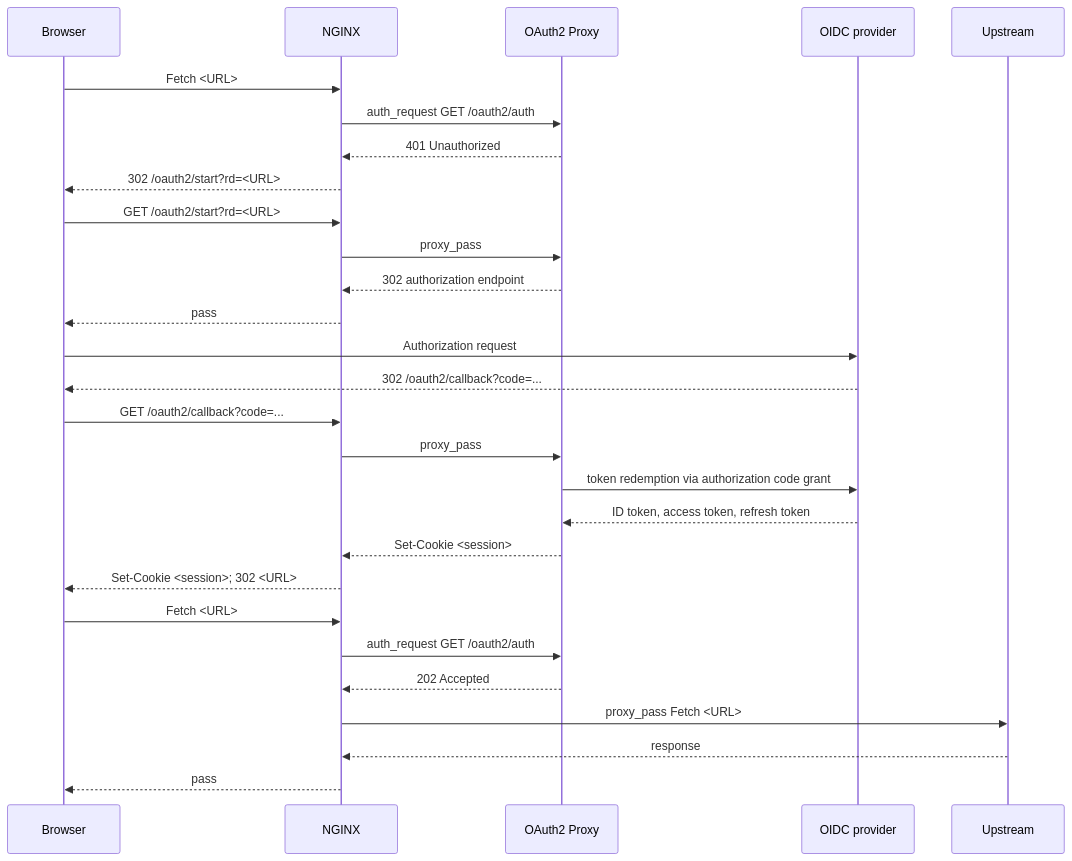
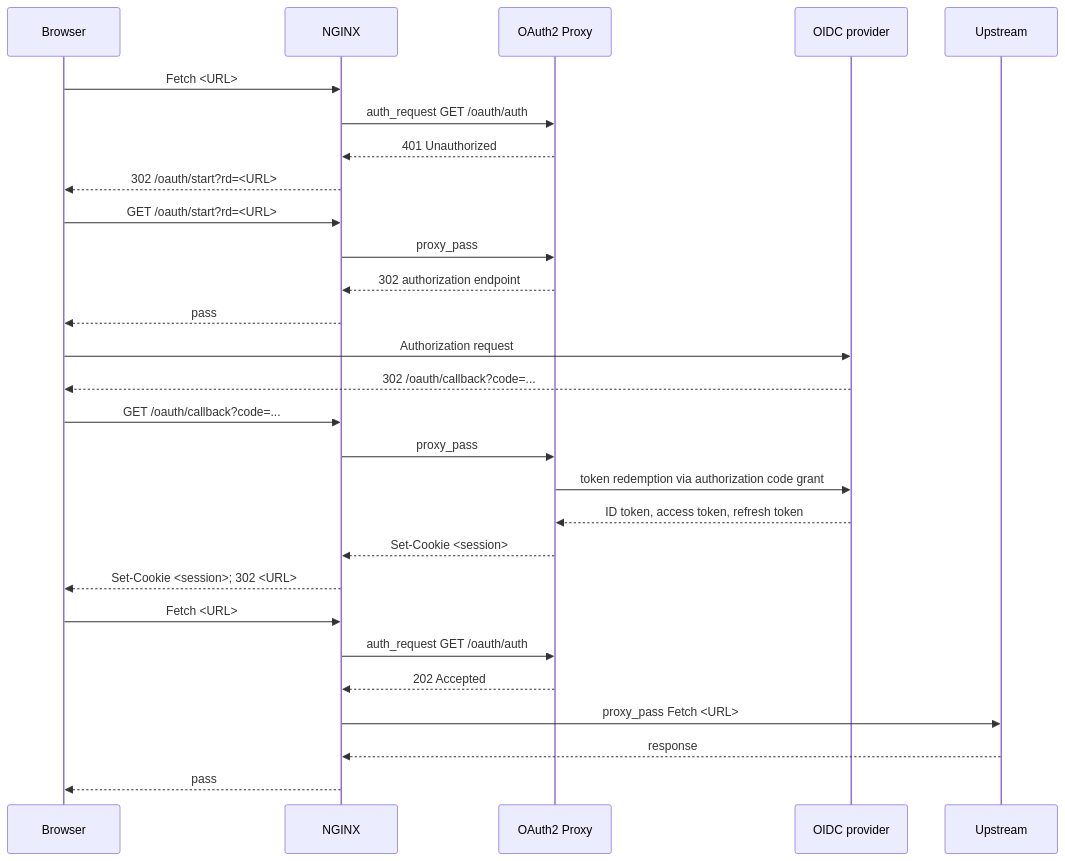
One commit to blakearoberts/visage changed the first of 6 diagrams in docs/session-lifecycle.md. Above: the diagram before and after it, drawn with Mermaid. The commit also changed other lines of this file and 14 other files, not shown here.

Commit message:
Use /oauth as the OAuth2 Proxy endpoint prefix

````diff
--- a/docs/session-lifecycle.md
+++ b/docs/session-lifecycle.md
@@ -5,31 +5,31 @@
 ```mermaid
 sequenceDiagram
   participant Browser
   participant NGINX
   participant Proxy as OAuth2 Proxy
   participant IdP as OIDC provider
   participant Upstream
 
   Browser->>NGINX: Fetch <URL>
-  NGINX->>Proxy: auth_request GET /oauth2/auth
+  NGINX->>Proxy: auth_request GET /oauth/auth
   Proxy-->>NGINX: 401 Unauthorized
-  NGINX-->>Browser: 302 /oauth2/start?rd=<URL>
-  Browser->>NGINX: GET /oauth2/start?rd=<URL>
+  NGINX-->>Browser: 302 /oauth/start?rd=<URL>
+  Browser->>NGINX: GET /oauth/start?rd=<URL>
   NGINX->>Proxy: proxy_pass
   Proxy-->>NGINX: 302 authorization endpoint
   NGINX-->>Browser: pass
   Browser->>IdP: Authorization request
-  IdP-->>Browser: 302 /oauth2/callback?code=...
-  Browser->>NGINX: GET /oauth2/callback?code=...
+  IdP-->>Browser: 302 /oauth/callback?code=...
+  Browser->>NGINX: GET /oauth/callback?code=...
   NGINX->>Proxy: proxy_pass
   Proxy->>IdP: token redemption via authorization code grant
   IdP-->>Proxy: ID token, access token, refresh token
   Proxy-->>NGINX: Set-Cookie <session>
   NGINX-->>Browser: Set-Cookie <session>#59; 302 <URL>
   Browser->>NGINX: Fetch <URL>
-  NGINX->>Proxy: auth_request GET /oauth2/auth
+  NGINX->>Proxy: auth_request GET /oauth/auth
   Proxy-->>NGINX: 202 Accepted
   NGINX->>Upstream: proxy_pass Fetch <URL>
   Upstream-->>NGINX: response
   NGINX-->>Browser: pass
 ```
````
